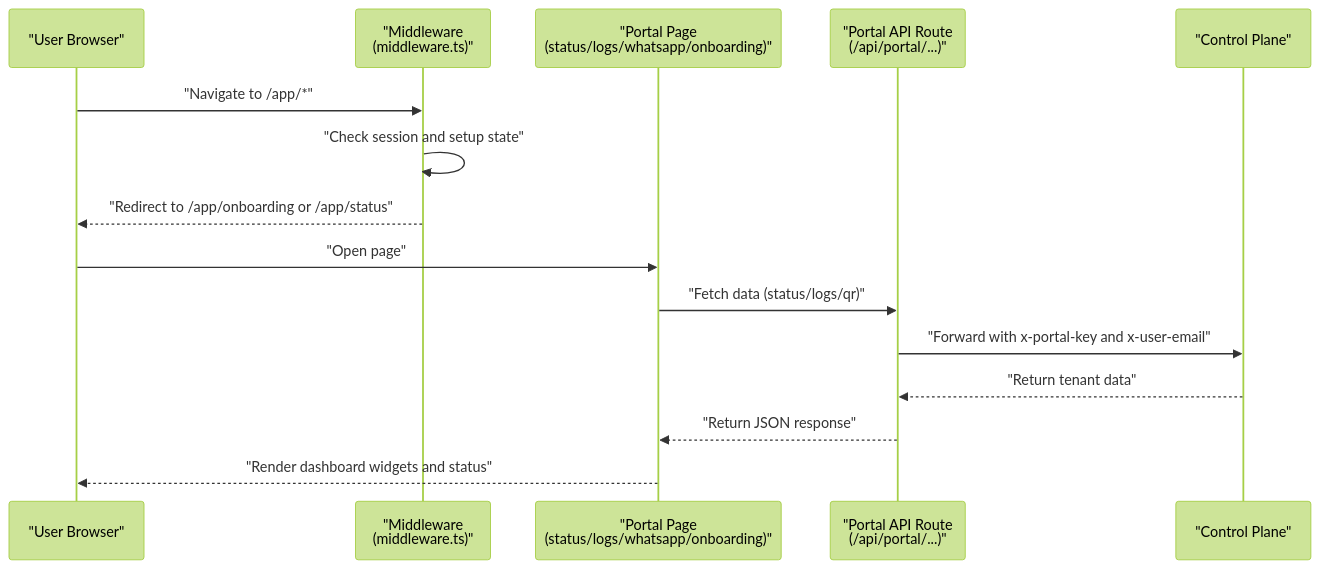
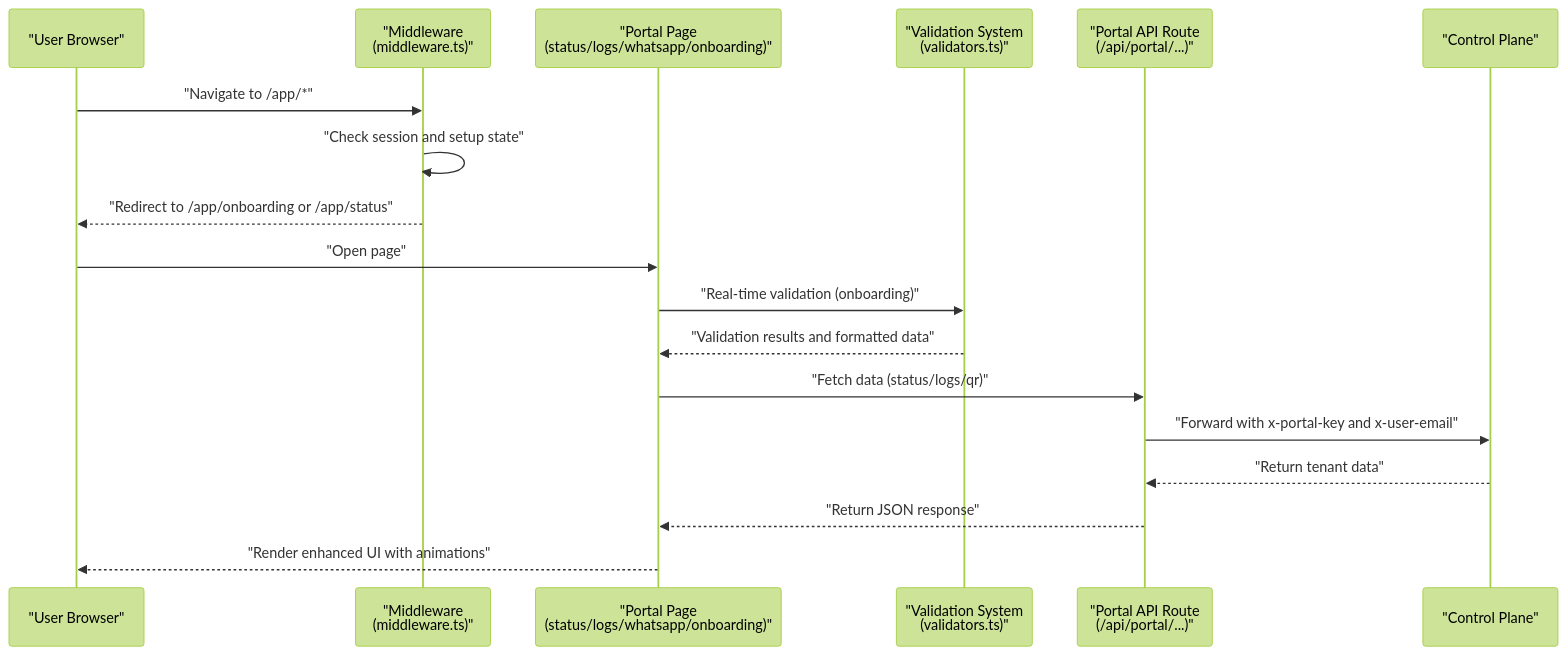
Before and after one commit to askchiwa-spec/FLOW-HQ-BOT: the second of 9 diagrams in .qoder/repowiki/en/content/Frontend Application/Portal Interface.md, drawn with Mermaid (forest theme). The commit also changed other lines of this file and 69 other files, not shown here.

````diff
--- a/.qoder/repowiki/en/content/Frontend Application/Portal Interface.md
+++ b/.qoder/repowiki/en/content/Frontend Application/Portal Interface.md
@@ -134,17 +137,20 @@
 ```mermaid
 sequenceDiagram
 participant U as "User Browser"
 participant MW as "Middleware<br/>(middleware.ts)"
 participant P as "Portal Page<br/>(status/logs/whatsapp/onboarding)"
+participant V as "Validation System<br/>(validators.ts)"
 participant API as "Portal API Route<br/>(/api/portal/...)"
 participant CP as "Control Plane"
 U->>MW : "Navigate to /app/*"
 MW->>MW : "Check session and setup state"
 MW-->>U : "Redirect to /app/onboarding or /app/status"
 U->>P : "Open page"
+P->>V : "Real-time validation (onboarding)"
+V-->>P : "Validation results and formatted data"
 P->>API : "Fetch data (status/logs/qr)"
 API->>CP : "Forward with x-portal-key and x-user-email"
 CP-->>API : "Return tenant data"
 API-->>P : "Return JSON response"
-P-->>U : "Render dashboard widgets and status"
+P-->>U : "Render enhanced UI with animations"
 ```
````
